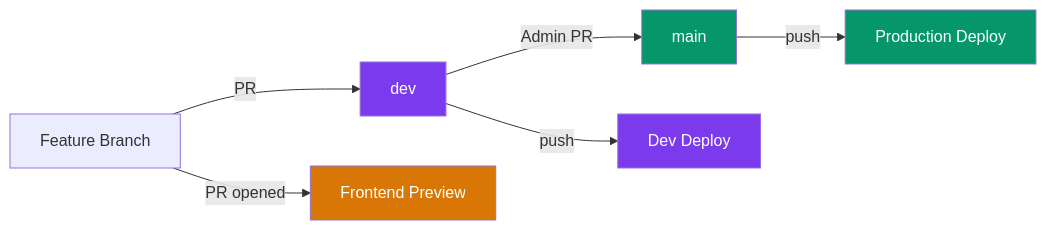
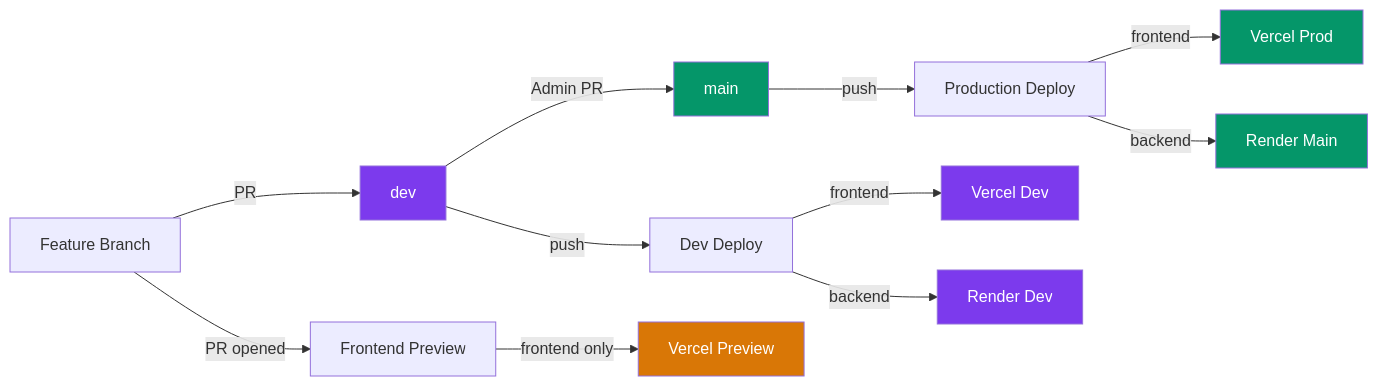
The diagram in docs/guides/CI_CD.md (NITRR-Official/CampusOS), drawn with Mermaid before and after one commit. The commit also changed other lines of this file and 16 other files, not shown here.

````diff
--- a/docs/guides/CI_CD.md
+++ b/docs/guides/CI_CD.md
@@ -14,15 +14,23 @@
 ```mermaid
 graph LR
     A[Feature Branch] -->|PR| B[dev]
     B -->|Admin PR| C[main]
 
     B -->|push| D[Dev Deploy]
     C -->|push| E[Production Deploy]
     A -->|PR opened| F[Frontend Preview]
 
+    D -->|frontend| D1[Vercel Dev]
+    D -->|backend| D2[Render Dev]
+    E -->|frontend| E1[Vercel Prod]
+    E -->|backend| E2[Render Main]
+    F -->|frontend only| F1[Vercel Preview]
+
     style C fill:#059669,color:#fff
     style B fill:#7c3aed,color:#fff
-    style D fill:#7c3aed,color:#fff
-    style E fill:#059669,color:#fff
-    style F fill:#d97706,color:#fff
+    style D1 fill:#7c3aed,color:#fff
+    style D2 fill:#7c3aed,color:#fff
+    style E1 fill:#059669,color:#fff
+    style E2 fill:#059669,color:#fff
+    style F1 fill:#d97706,color:#fff
 ```
````
